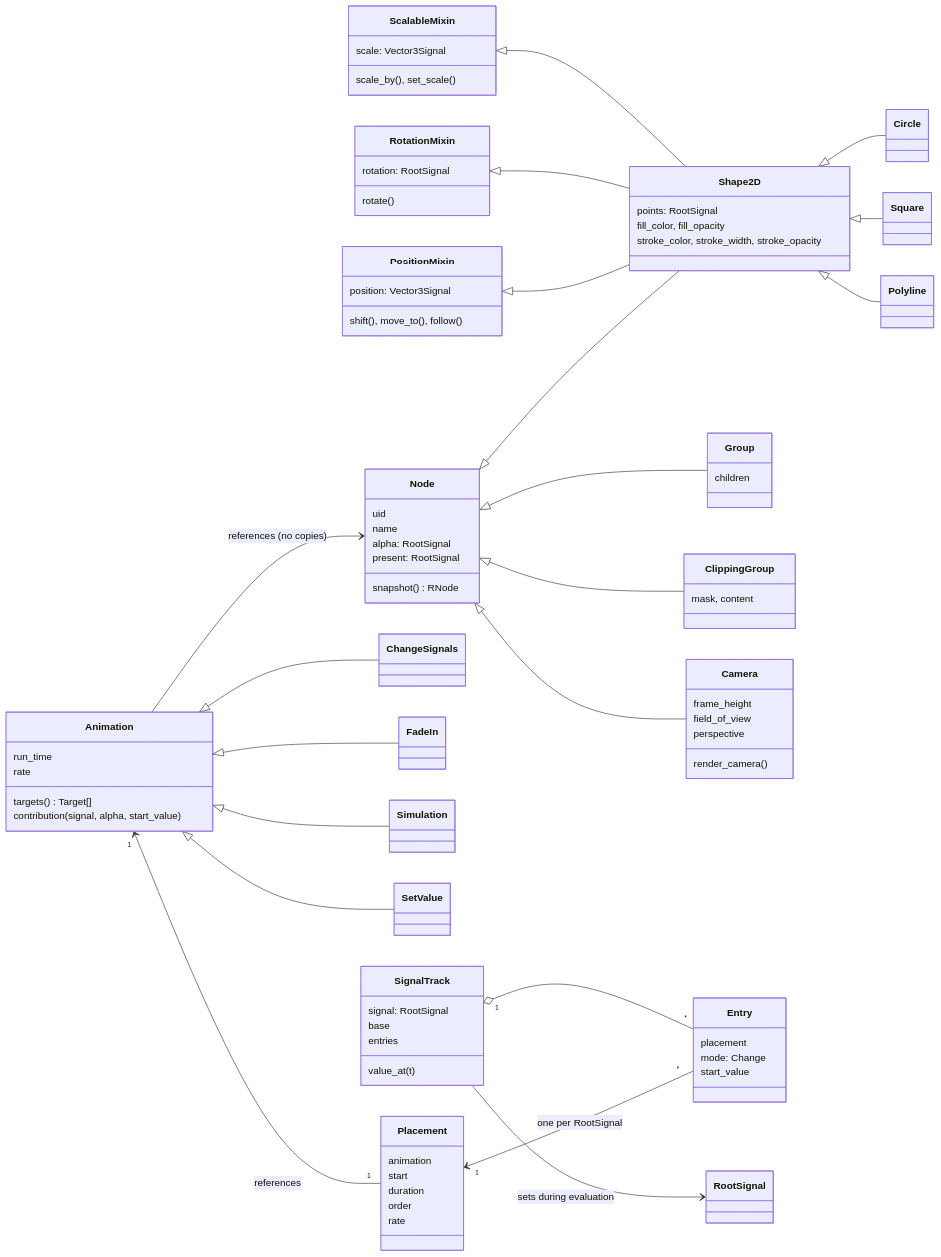
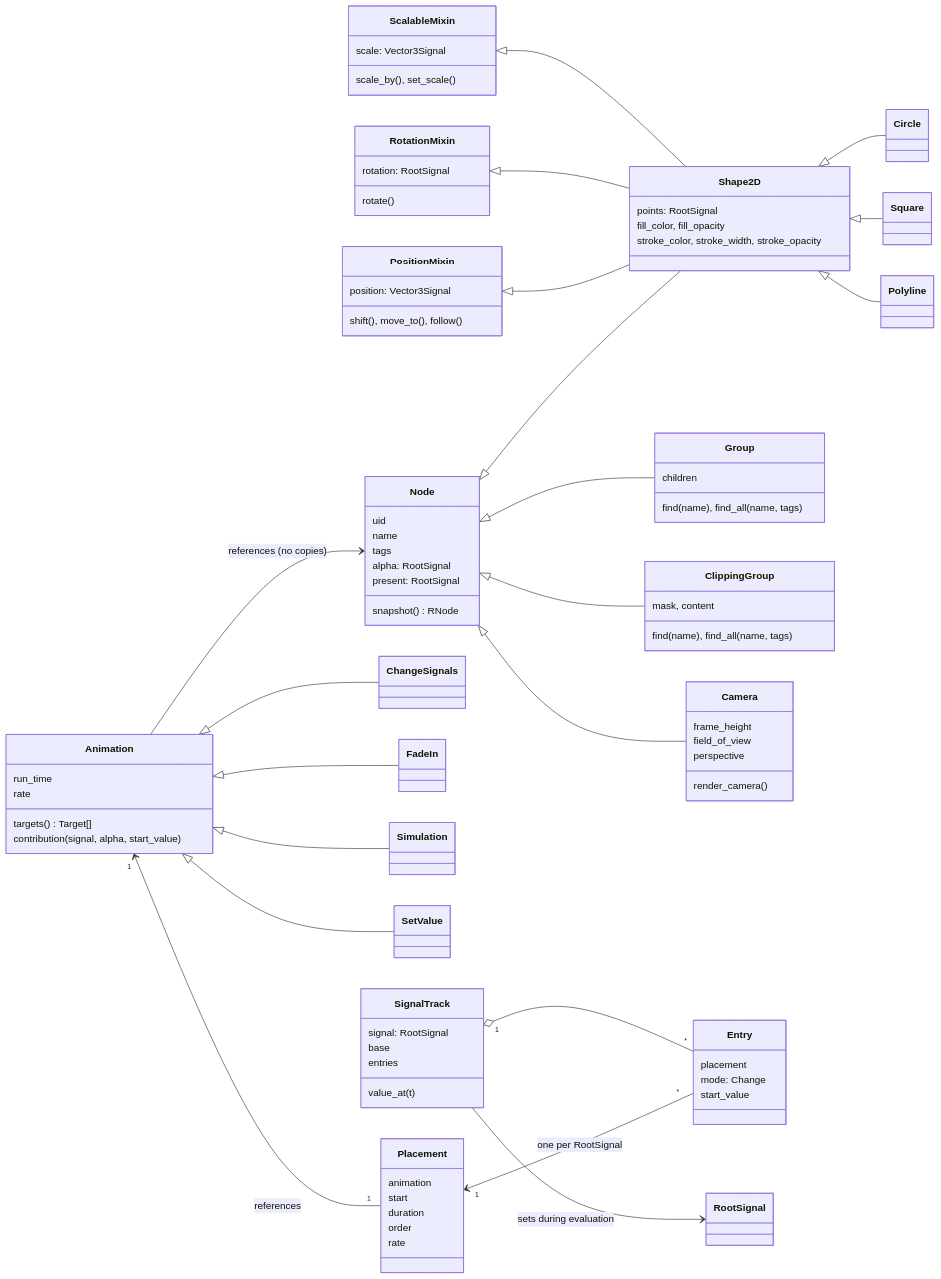
Before and after one commit to MrDiver/manim: the third of 8 diagrams in manimx/ARCHITECTURE.md, drawn with Mermaid. The commit also changed other lines of this file and 6 other files, not shown here.

```diff
--- a/manimx/ARCHITECTURE.md
+++ b/manimx/ARCHITECTURE.md
@@ -154,6 +154,7 @@
     class Node {
         uid
         name
+        tags
         alpha: RootSignal
         present: RootSignal
         snapshot() RNode
@@ -177,9 +178,11 @@
     }
     class Group {
         children
+        find(name), find_all(name, tags)
     }
     class ClippingGroup {
         mask, content
+        find(name), find_all(name, tags)
     }
     class Camera {
         frame_height
```
